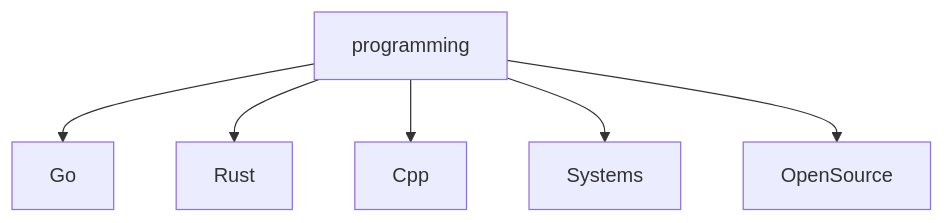
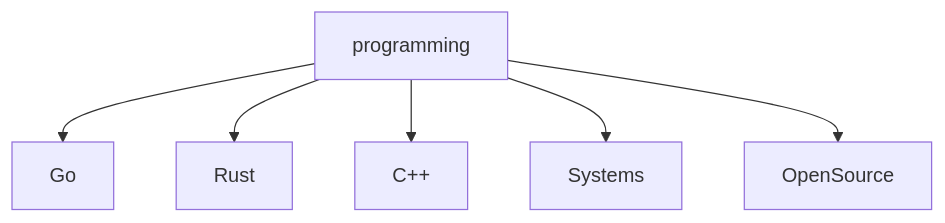
One commit to Meredithelin/Meredithelin changed the diagram in README.md. Above: the diagram before and after it, drawn with Mermaid. The commit also changed other lines of this file, not shown here.

````diff
--- a/README.md
+++ b/README.md
@@ -60,8 +58,8 @@
 ```mermaid
 graph TD;
     programming-->Go;
     programming-->Rust;
-    programming-->Cpp;
+    programming-->Cpp["C++"];
     programming-->Systems;
     programming-->OpenSource;
 ```
````
